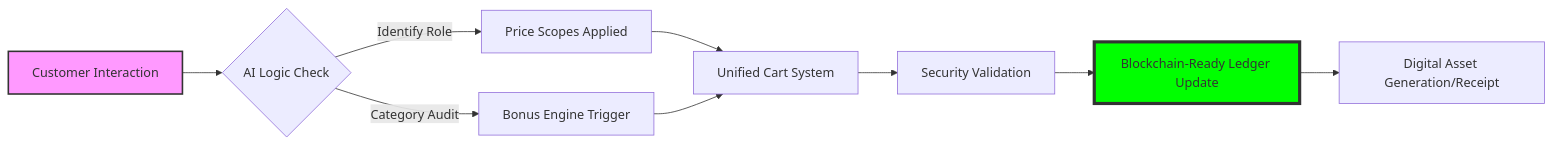
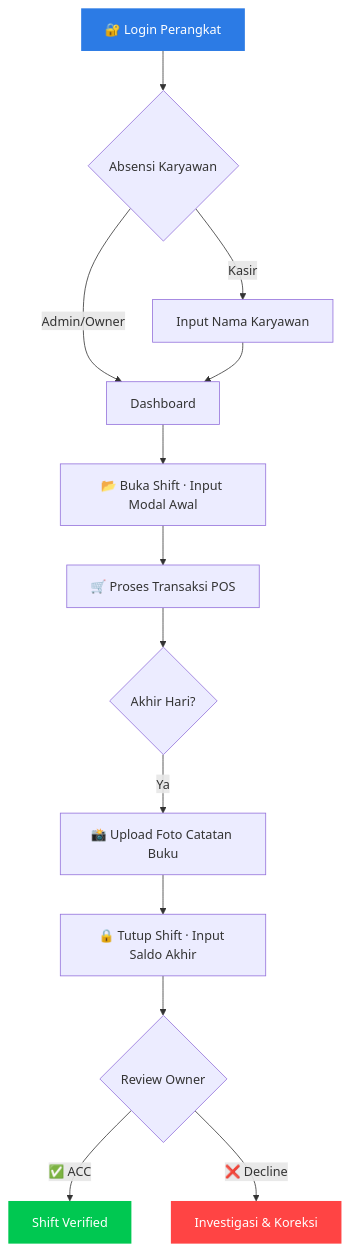
Before and after one commit to wi5nuu/asharparfummanagementsystem: the diagram in README.md, drawn with Mermaid. The commit also changed other lines of this file and 67 other files, not shown here.

````diff
--- a/README.md
+++ b/README.md
@@ -55,13 +189,19 @@
 ```mermaid
-graph LR
-    A[Customer Interaction] --> B{AI Logic Check}
-    B -- Identify Role --> C[Price Scopes Applied]
-    B -- Category Audit --> D[Bonus Engine Trigger]
-    C --> E[Unified Cart System]
-    D --> E
-    E --> F[Security Validation]
-    F --> G[Blockchain-Ready Ledger Update]
-    G --> H[Digital Asset Generation/Receipt]
-    style A fill:#f9f,stroke:#333,stroke-width:2px
-    style G fill:#00ff00,stroke:#333,stroke-width:4px
+graph TD
+    A[🔐 Login Perangkat] --> B{Absensi Karyawan}
+    B -- Kasir --> C[Input Nama Karyawan]
+    B -- Admin/Owner --> D[Dashboard]
+    C --> D
+    D --> E[📂 Buka Shift · Input Modal Awal]
+    E --> F[🛒 Proses Transaksi POS]
+    F --> G{Akhir Hari?}
+    G -- Ya --> H[📸 Upload Foto Catatan Buku]
+    H --> I[🔒 Tutup Shift · Input Saldo Akhir]
+    I --> J{Review Owner}
+    J -- ✅ ACC --> K[Shift Verified]
+    J -- ❌ Decline --> L[Investigasi & Koreksi]
+
+    style A fill:#2c7be5,color:#fff,stroke:none
+    style K fill:#00C851,color:#fff,stroke:none
+    style L fill:#FF4444,color:#fff,stroke:none
 ```
````
